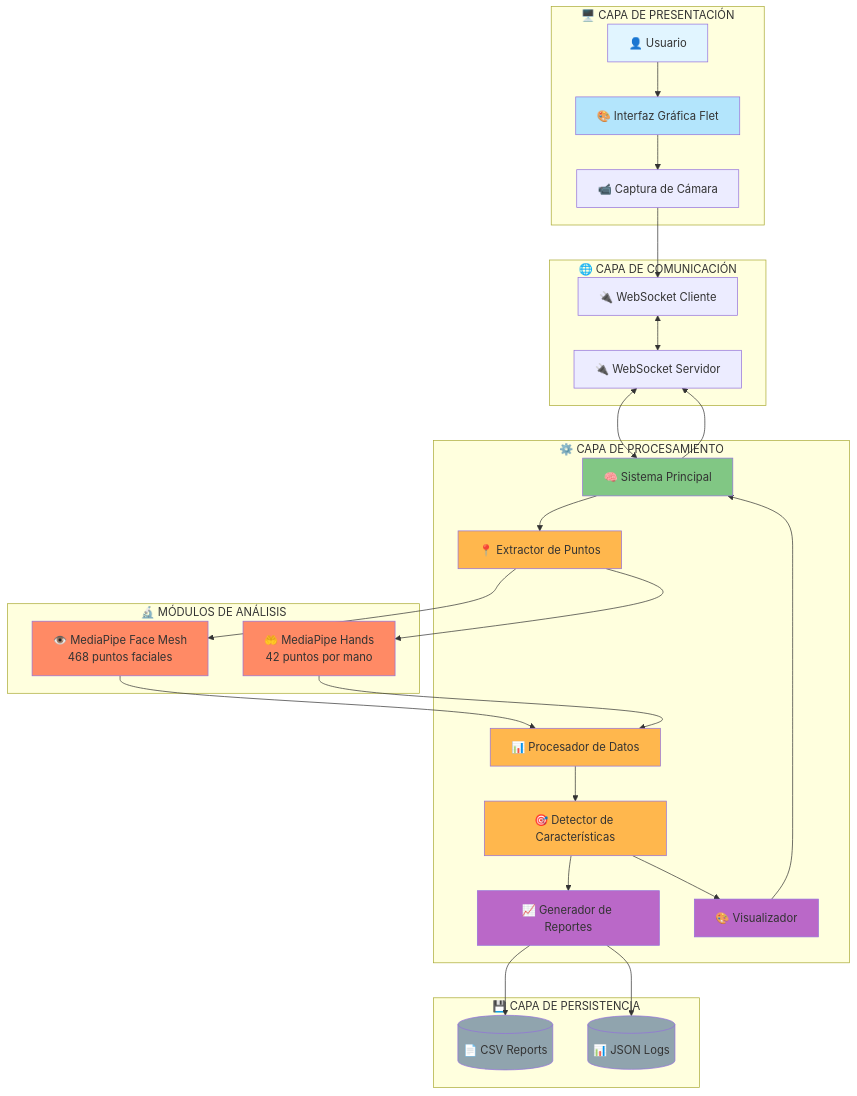
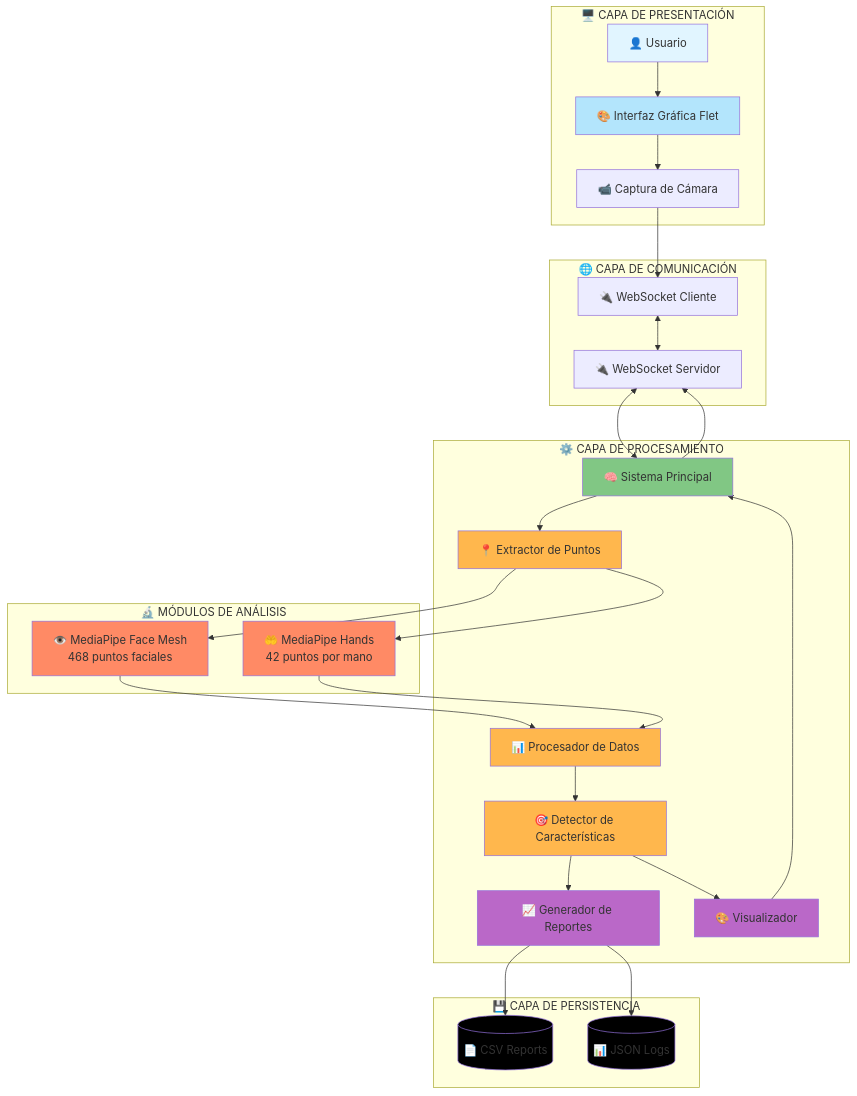
The first of 3 diagrams in SISTEMA_SOMNOLENCIA.MD (Gonzales-Franz-Reinaldo/sistema-deteccion-somnolencia), drawn with Mermaid before and after one commit. The commit also changed 1 other file, not shown here.

Commit message:
Sistema de Detección de Somnolencia

````diff
--- a/SISTEMA_SOMNOLENCIA.MD
+++ b/SISTEMA_SOMNOLENCIA.MD
@@ -82,63 +82,63 @@
 ```mermaid
 graph TB
     subgraph "🖥️ CAPA DE PRESENTACIÓN"
         A[👤 Usuario]
         B[🎨 Interfaz Gráfica Flet]
         C[📹 Captura de Cámara]
     end
     
     subgraph "🌐 CAPA DE COMUNICACIÓN"
         D[🔌 WebSocket Cliente]
         E[🔌 WebSocket Servidor]
     end
     
     subgraph "⚙️ CAPA DE PROCESAMIENTO"
         F[🧠 Sistema Principal]
         G[📍 Extractor de Puntos]
         H[📊 Procesador de Datos]
         I[🎯 Detector de Características]
         J[📈 Generador de Reportes]
         K[🎨 Visualizador]
     end
     
     subgraph "🔬 MÓDULOS DE ANÁLISIS"
         L[👁️ MediaPipe Face Mesh<br/>468 puntos faciales]
         M[🤲 MediaPipe Hands<br/>42 puntos por mano]
     end
     
     subgraph "💾 CAPA DE PERSISTENCIA"
         N[(📄 CSV Reports)]
         O[(📊 JSON Logs)]
     end
     
     A --> B
     B --> C
     C --> D
     D <--> E
     E <--> F
     F --> G
     G --> L
     G --> M
     L --> H
     M --> H
     H --> I
     I --> J
     I --> K
     J --> N
     J --> O
     K --> F
     F --> E
     
     style A fill:#e1f5ff
     style B fill:#b3e5fc
     style F fill:#81c784
     style G fill:#ffb74d
     style H fill:#ffb74d
     style I fill:#ffb74d
     style J fill:#ba68c8
     style K fill:#ba68c8
     style L fill:#ff8a65
     style M fill:#ff8a65
-    style N fill:#90a4ae
-    style O fill:#90a4ae
+    style N fill:#000000
+    style O fill:#000000
 ```
````
